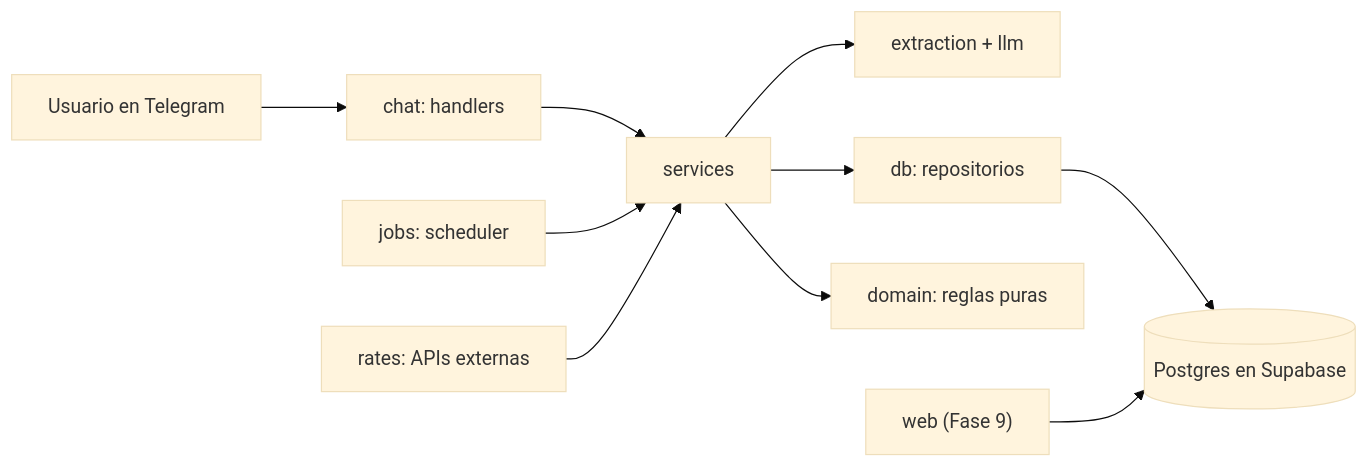
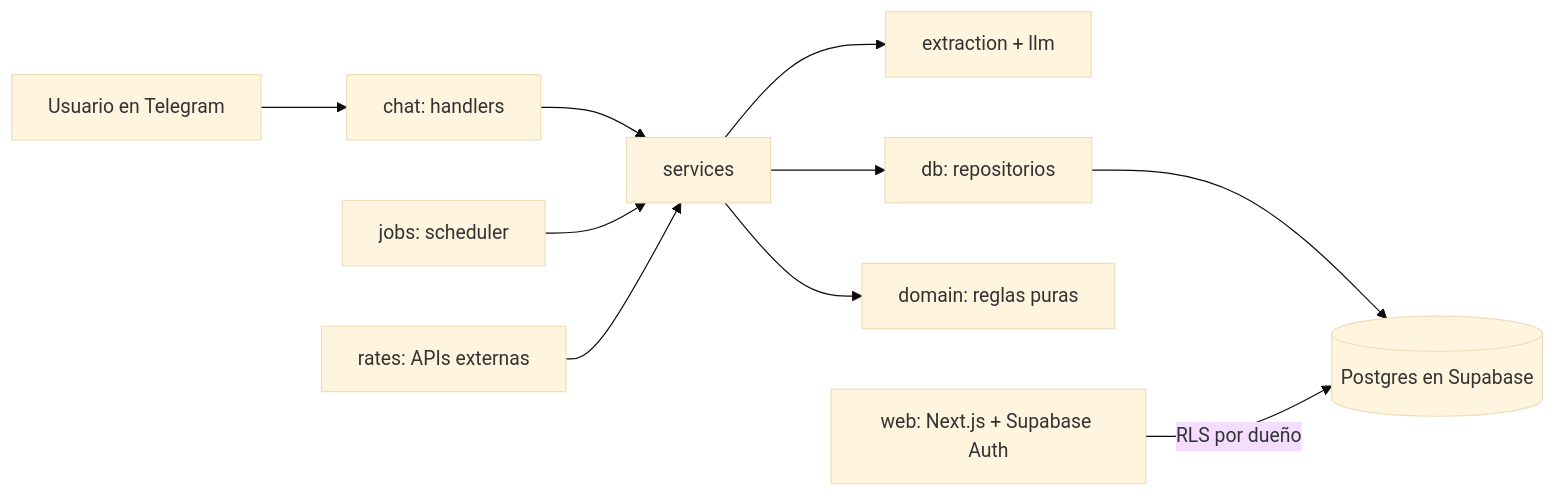
Before and after one commit to FranklyBautista/asistente-gastos-multimoneda: the diagram in README.md, drawn with Mermaid (base theme). The commit also changed other lines of this file and 32 other files, not shown here.

First line of the commit message:
feat: web con Next.js, login y vinculación con Telegram (Fase 9)

````diff
--- a/README.md
+++ b/README.md
@@ -11,12 +11,12 @@
 ```mermaid
 flowchart LR
   U["Usuario en Telegram"] --> H["chat: handlers"]
   H --> S["services"]
   S --> E["extraction + llm"]
   S --> D["db: repositorios"]
   S --> DOM["domain: reglas puras"]
   J["jobs: scheduler"] --> S
   R["rates: APIs externas"] --> S
   D --> PG[("Postgres en Supabase")]
-  W["web (Fase 9)"] --> PG
+  W["web: Next.js + Supabase Auth"] -- "RLS por dueño" --> PG
 ```
````
